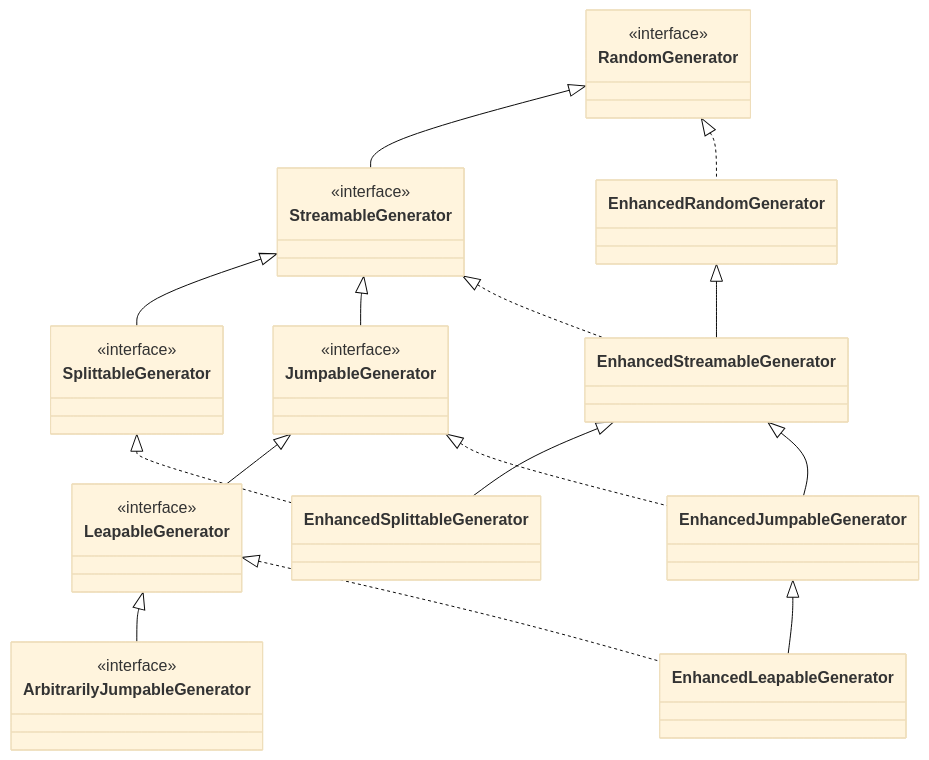
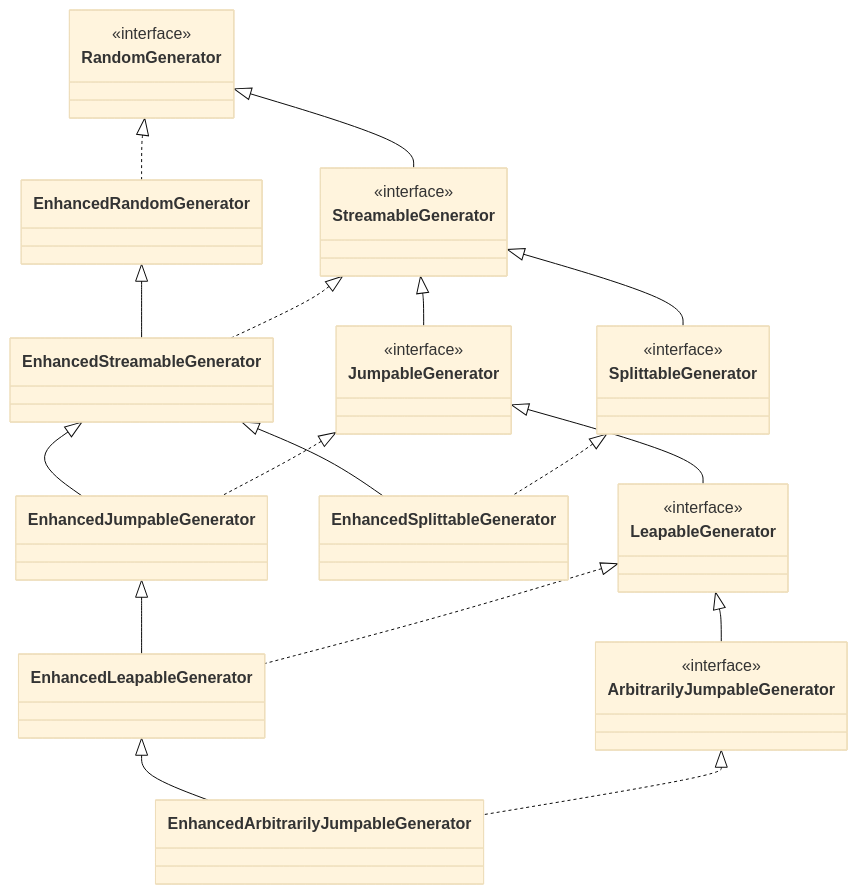
Before and after one commit to cicirello/rho-mu: the diagram in README.md, drawn with Mermaid (base theme).

````diff
--- a/README.md
+++ b/README.md
@@ -42,34 +42,37 @@
 ```mermaid
 classDiagram
   class RandomGenerator
   <<interface>> RandomGenerator
   class StreamableGenerator
   <<interface>> StreamableGenerator
   RandomGenerator <|-- StreamableGenerator
   class SplittableGenerator
   <<interface>> SplittableGenerator
   StreamableGenerator <|-- SplittableGenerator
   class JumpableGenerator
   <<interface>> JumpableGenerator
   StreamableGenerator <|-- JumpableGenerator
   class LeapableGenerator
   <<interface>> LeapableGenerator
   JumpableGenerator <|-- LeapableGenerator
   class ArbitrarilyJumpableGenerator
   <<interface>> ArbitrarilyJumpableGenerator
   LeapableGenerator <|-- ArbitrarilyJumpableGenerator
   class EnhancedRandomGenerator
   RandomGenerator <|.. EnhancedRandomGenerator
   class EnhancedStreamableGenerator
   EnhancedRandomGenerator <|-- EnhancedStreamableGenerator
   StreamableGenerator <|.. EnhancedStreamableGenerator
   class EnhancedSplittableGenerator
   EnhancedStreamableGenerator <|-- EnhancedSplittableGenerator
   SplittableGenerator <|.. EnhancedSplittableGenerator
   class EnhancedJumpableGenerator
   EnhancedStreamableGenerator <|-- EnhancedJumpableGenerator
   JumpableGenerator <|.. EnhancedJumpableGenerator
   class EnhancedLeapableGenerator
   EnhancedJumpableGenerator <|-- EnhancedLeapableGenerator
   LeapableGenerator <|.. EnhancedLeapableGenerator
+  class EnhancedArbitrarilyJumpableGenerator
+  EnhancedLeapableGenerator <|-- EnhancedArbitrarilyJumpableGenerator
+  ArbitrarilyJumpableGenerator <|.. EnhancedArbitrarilyJumpableGenerator
 ```
````
